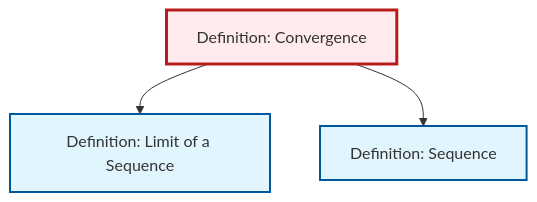
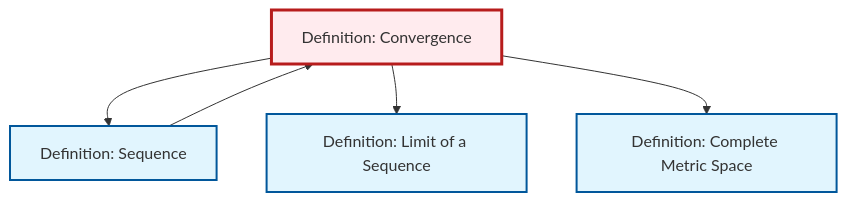
The diagram in output/mermaid/def-convergence.mermaid (RK0429/ModernMath), drawn with Mermaid before and after one commit. The commit also changed 1394 other files, not shown here.

````diff
--- a/output/mermaid/def-convergence.mermaid
+++ b/output/mermaid/def-convergence.mermaid
@@ -1,15 +1,18 @@
 ```{mermaid}
 %%| fig-cap: "Local dependency graph"
 graph TD
     classDef definition fill:#e1f5fe,stroke:#01579b,stroke-width:2px
     classDef theorem fill:#f3e5f5,stroke:#4a148c,stroke-width:2px
     classDef axiom fill:#fff3e0,stroke:#e65100,stroke-width:2px
     classDef example fill:#e8f5e9,stroke:#1b5e20,stroke-width:2px
     classDef current fill:#ffebee,stroke:#b71c1c,stroke-width:3px
+    def-limit["Definition: Limit of a Sequence"]:::definition
+    def-complete-metric-space["Definition: Complete Metric Space"]:::definition
+    def-convergence["Definition: Convergence"]:::definition
     def-sequence["Definition: Sequence"]:::definition
-    def-convergence["Definition: Convergence"]:::definition
-    def-limit["Definition: Limit of a Sequence"]:::definition
+    def-convergence --> def-sequence
     def-convergence --> def-limit
-    def-convergence --> def-sequence
+    def-sequence --> def-convergence
+    def-convergence --> def-complete-metric-space
     class def-convergence current
 ```
````
